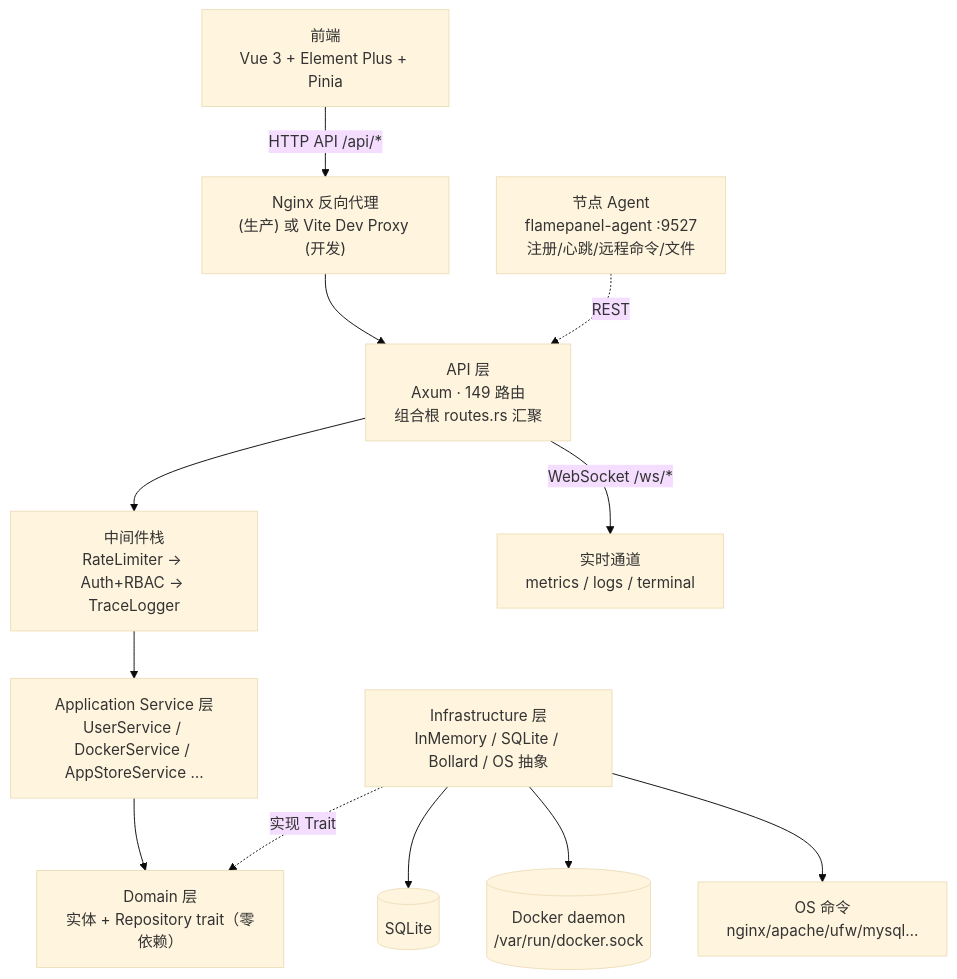
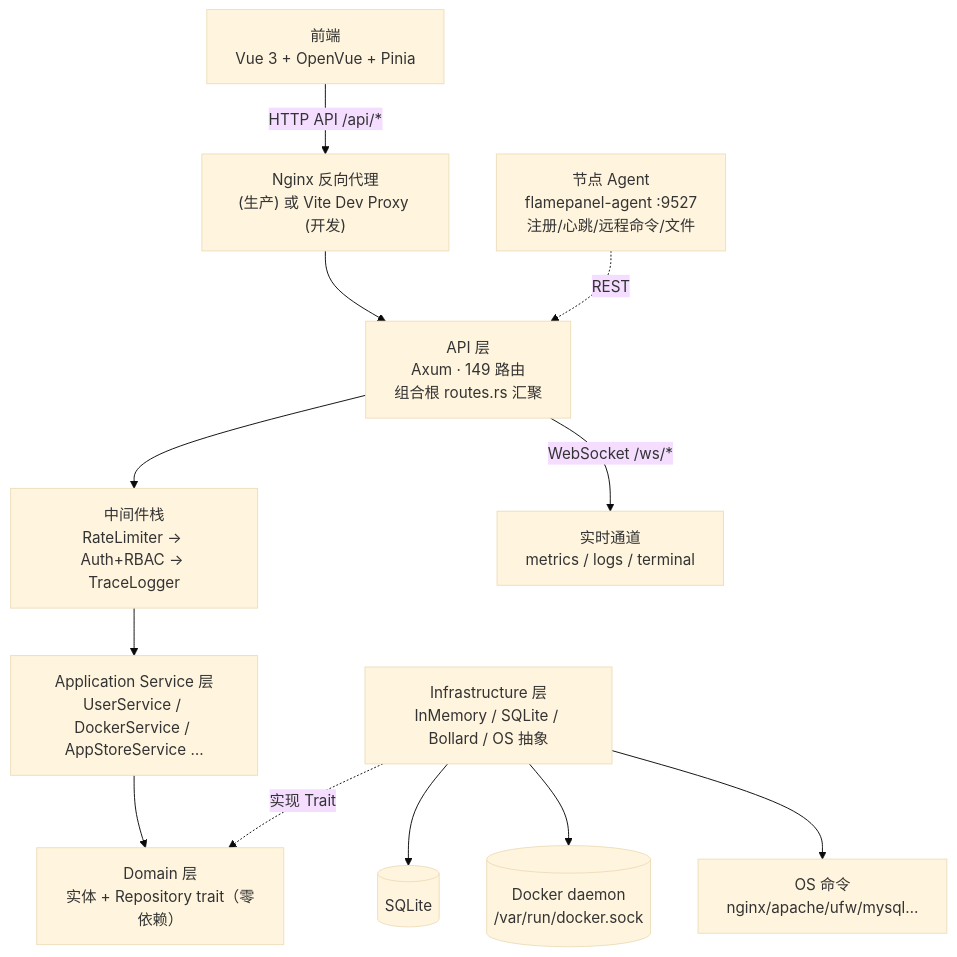
Before and after one commit to Forevery1021/Flamepanel: the first of 5 diagrams in Doc/01-架构设计.md, drawn with Mermaid (base theme). The commit also changed other lines of this file and 73 other files, not shown here.

````diff
--- a/Doc/01-架构设计.md
+++ b/Doc/01-架构设计.md
@@ -15,14 +15,14 @@
 ```mermaid
 flowchart TD
-    FE["前端<br/>Vue 3 + Element Plus + Pinia"] -->|"HTTP API /api/*"| NG["Nginx 反向代理<br/>(生产) 或 Vite Dev Proxy (开发)"]
+    FE["前端<br/>Vue 3 + OpenVue + Pinia"] -->|"HTTP API /api/*"| NG["Nginx 反向代理<br/>(生产) 或 Vite Dev Proxy (开发)"]
     NG --> API["API 层<br/>Axum · 149 路由<br/>组合根 routes.rs 汇聚"]
     API --> MW["中间件栈<br/>RateLimiter → Auth+RBAC → TraceLogger"]
     MW --> APP["Application Service 层<br/>UserService / DockerService / AppStoreService …"]
     APP --> DOM["Domain 层<br/>实体 + Repository trait（零依赖）"]
     INF["Infrastructure 层<br/>InMemory / SQLite / Bollard / OS 抽象"] -. 实现 Trait .-> DOM
     INF --> SQLITE[(SQLite)]
     INF --> DOCKER[(Docker daemon<br/>/var/run/docker.sock)]
     INF --> OS["OS 命令<br/>nginx/apache/ufw/mysql…"]
     API -->|"WebSocket /ws/*"| WS["实时通道<br/>metrics / logs / terminal"]
     AGENT["节点 Agent<br/>flamepanel-agent :9527<br/>注册/心跳/远程命令/文件"] -.->|REST| API
 ```
````
